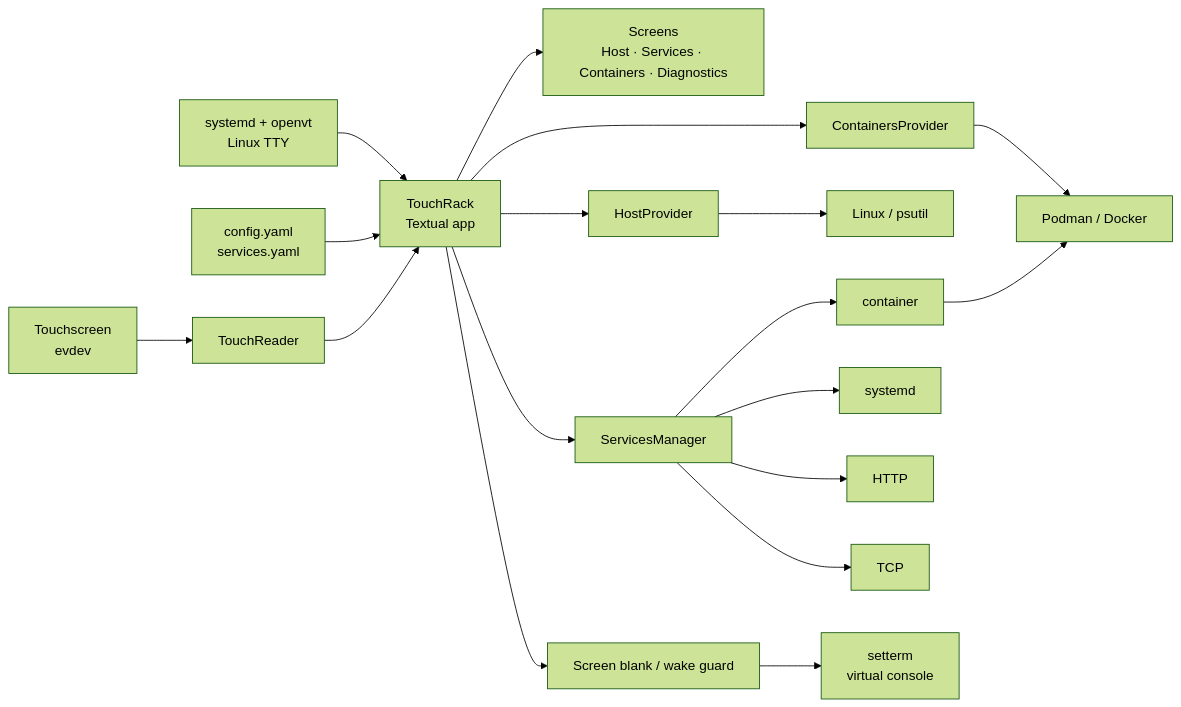
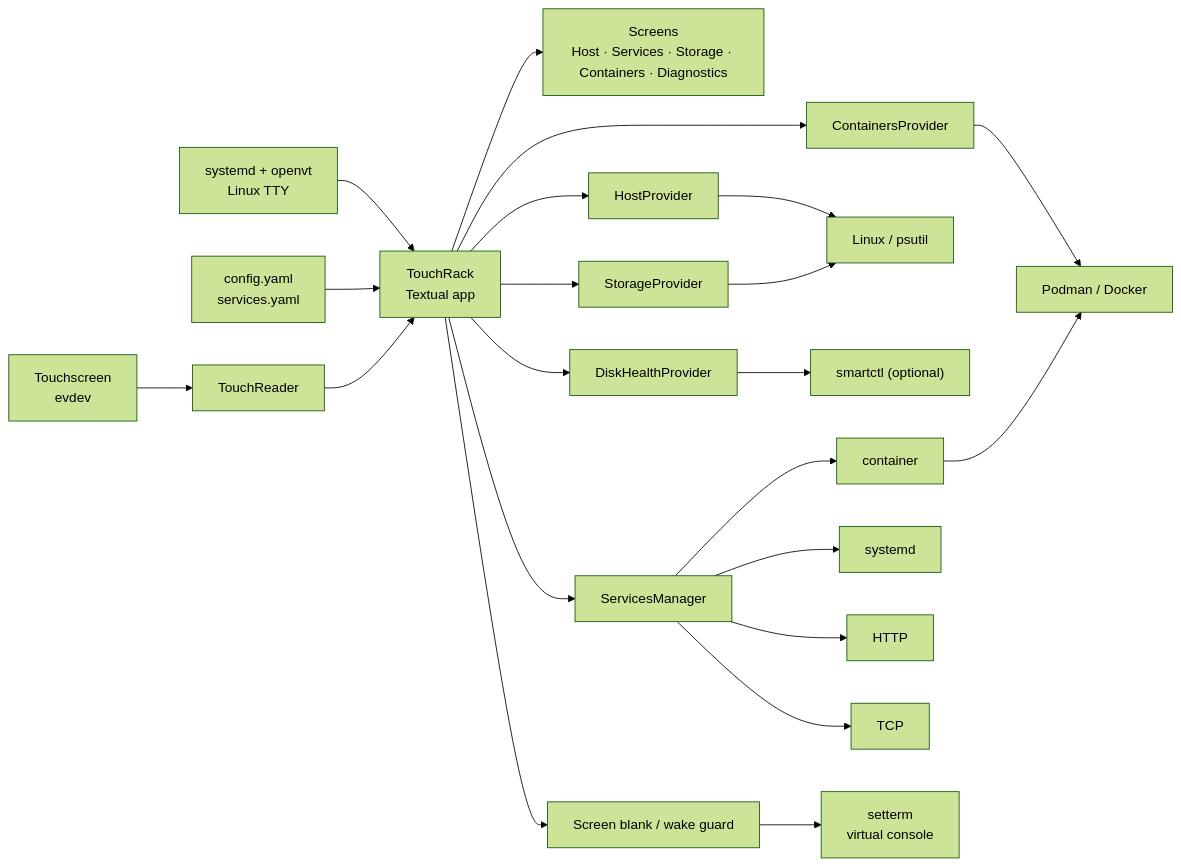
One commit to pitill0/touchrack changed the diagram in README.md. Above: the diagram before and after it, drawn with Mermaid (forest theme). The commit also changed other lines of this file and 39 other files, not shown here.

````diff
--- a/README.md
+++ b/README.md
@@ -169,27 +217,31 @@
 ```mermaid
 flowchart LR
     SYS["systemd + openvt<br/>Linux TTY"] --> APP["TouchRack<br/>Textual app"]
     CFG["config.yaml<br/>services.yaml"] --> APP
 
     TOUCH["Touchscreen<br/>evdev"] --> TR["TouchReader"]
     TR --> APP
 
-    APP --> UI["Screens<br/>Host · Services · Containers · Diagnostics"]
+    APP --> UI["Screens<br/>Host · Services · Storage · Containers · Diagnostics"]
 
     APP --> HOST["HostProvider"]
+    APP --> STORE["StorageProvider"]
+    APP --> SMART["DiskHealthProvider"]
     APP --> CONT["ContainersProvider"]
     APP --> SM["ServicesManager"]
 
     HOST --> LINUX["Linux / psutil"]
+    STORE --> LINUX
+    SMART --> SCT["smartctl (optional)"]
     CONT --> ENGINE["Podman / Docker"]
 
     SM --> CP["container"]
     SM --> SP["systemd"]
     SM --> HP["HTTP"]
     SM --> TP["TCP"]
 
     CP --> ENGINE
 
     APP --> BLANK["Screen blank / wake guard"]
     BLANK --> VC["setterm<br/>virtual console"]
 ```
````
